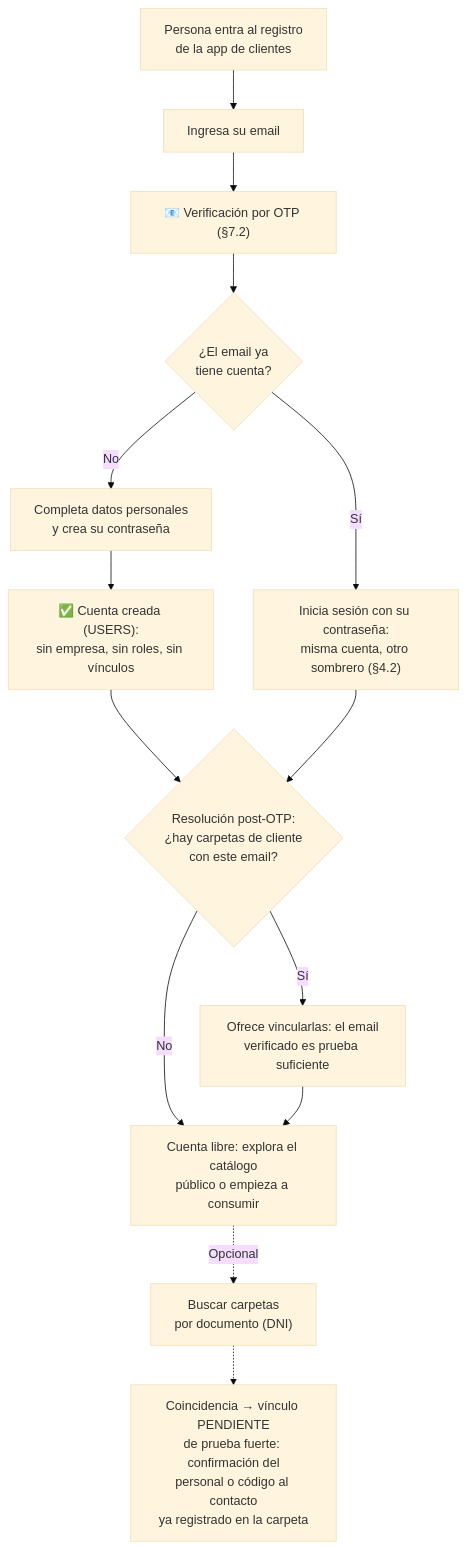
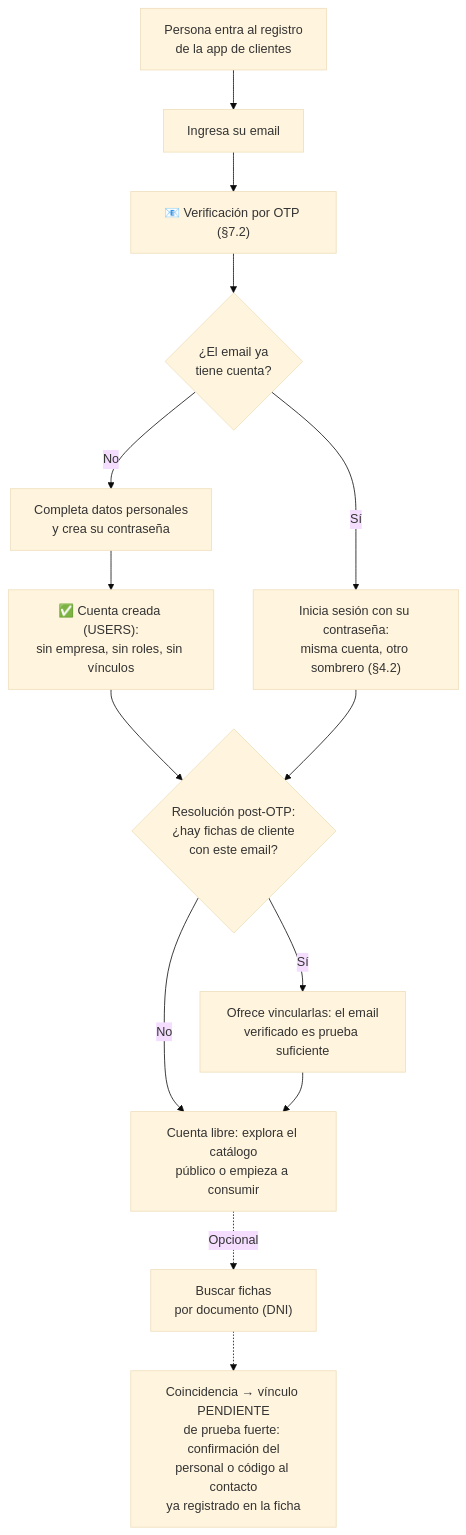
Before and after one commit to Franco98404/database-guidelines: diagram 12 of 16 in database-guidelines.md, drawn with Mermaid (base theme). The commit also changed other lines of this file, not shown here.

First line of the commit message:
Versión 1.9.0: terminología (staff/ficha), antifraude de fichas y familias de acceso

````diff
--- a/database-guidelines.md
+++ b/database-guidelines.md
@@ -697,16 +699,16 @@
 ```mermaid
 flowchart TD
     A["Persona entra al registro<br/>de la app de clientes"] --> B["Ingresa su email"]
     B --> C["📧 Verificación por OTP (§7.2)"]
     C --> K{"¿El email ya<br/>tiene cuenta?"}
     K -- "Sí" --> L["Inicia sesión con su contraseña:<br/>misma cuenta, otro sombrero (§4.2)"]
     K -- "No" --> D["Completa datos personales<br/>y crea su contraseña"]
     D --> E["✅ Cuenta creada (USERS):<br/>sin empresa, sin roles, sin vínculos"]
-    E --> F{"Resolución post-OTP:<br/>¿hay carpetas de cliente<br/>con este email?"}
+    E --> F{"Resolución post-OTP:<br/>¿hay fichas de cliente<br/>con este email?"}
     L --> F
     F -- "Sí" --> G["Ofrece vincularlas: el email<br/>verificado es prueba suficiente"]
     F -- "No" --> H["Cuenta libre: explora el catálogo<br/>público o empieza a consumir"]
     G --> H
-    H -.->|"Opcional"| I["Buscar carpetas<br/>por documento (DNI)"]
-    I -.-> J["Coincidencia → vínculo PENDIENTE<br/>de prueba fuerte: confirmación del<br/>personal o código al contacto<br/>ya registrado en la carpeta"]
+    H -.->|"Opcional"| I["Buscar fichas<br/>por documento (DNI)"]
+    I -.-> J["Coincidencia → vínculo PENDIENTE<br/>de prueba fuerte: confirmación del<br/>personal o código al contacto<br/>ya registrado en la ficha"]
 ```
````
